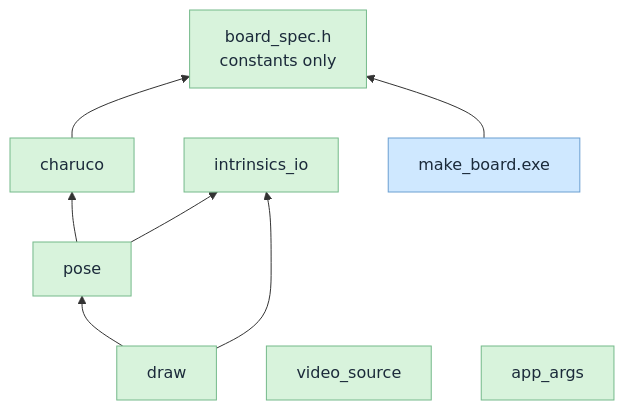
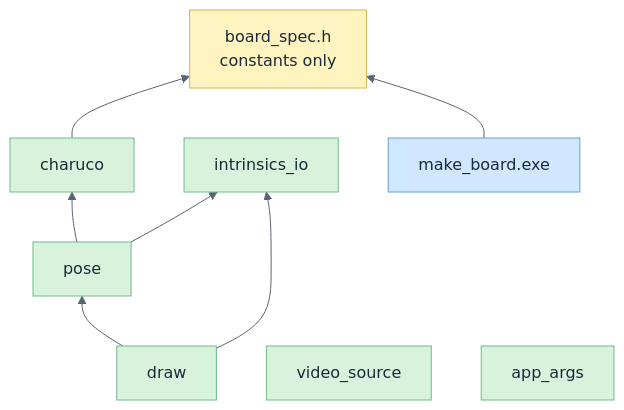
The third of 4 diagrams in ARCHITECTURE.md (supriya-kotturu/calibration-and-augmented-reality), drawn with Mermaid before and after one commit. The commit also changed other lines of this file and 1 other file, not shown here.

First line of the commit message:
docs(architecture): :lipstick: Pin diagrams to a light theme and colour every node by role

````diff
--- a/ARCHITECTURE.md
+++ b/ARCHITECTURE.md
@@ -66,17 +76,20 @@
 ```mermaid
+%%{init: {"theme": "base", "themeVariables": {"background": "#ffffff", "primaryColor": "#f7f7f7", "primaryTextColor": "#1b2a3a", "primaryBorderColor": "#b0b0b0", "lineColor": "#5a6472", "textColor": "#1b2a3a", "edgeLabelBackground": "#ffffff", "clusterBkg": "#fafafa", "clusterBorder": "#b0b0b0", "fontFamily": "Segoe UI, Helvetica, Arial, sans-serif"}}}%%
 flowchart BT
   BS["board_spec.h<br/>constants only"]
   CH["charuco"] --> BS
   IO["intrinsics_io"]
   PS["pose"] --> CH
   PS --> IO
   DR["draw"] --> PS
   DR --> IO
   VS["video_source"]
   AA["app_args"]
   MB["make_board.exe"] --> BS
   classDef core fill:#d8f3dc,stroke:#74b98a,color:#1b2a3a
   classDef app fill:#cfe8ff,stroke:#6a9fd1,color:#1b2a3a
-  class CH,IO,PS,DR,VS,AA,BS core
+  classDef spec fill:#fff3bf,stroke:#d4b84a,color:#1b2a3a
+  class CH,IO,PS,DR,VS,AA core
+  class BS spec
   class MB app
 ```
````
